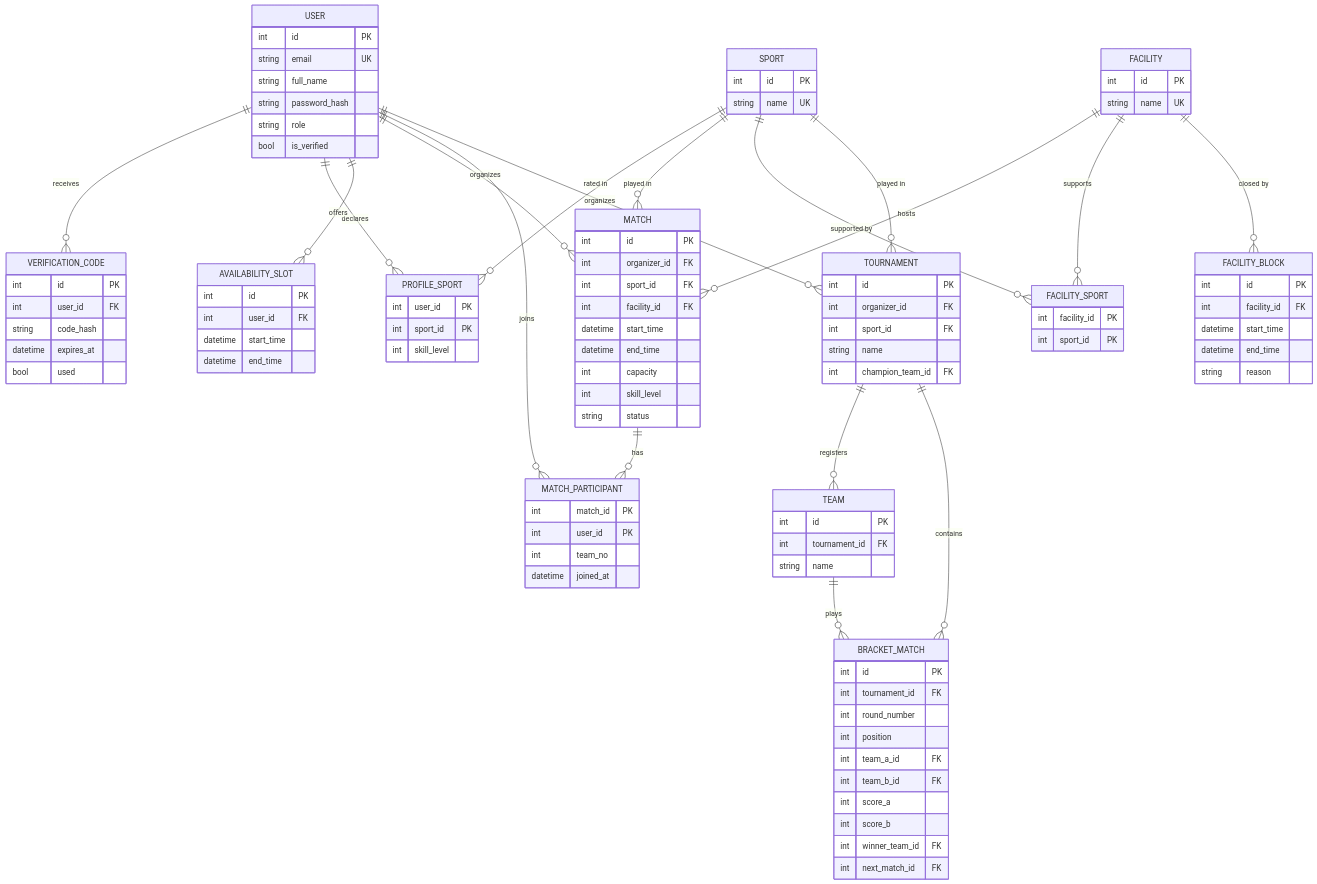
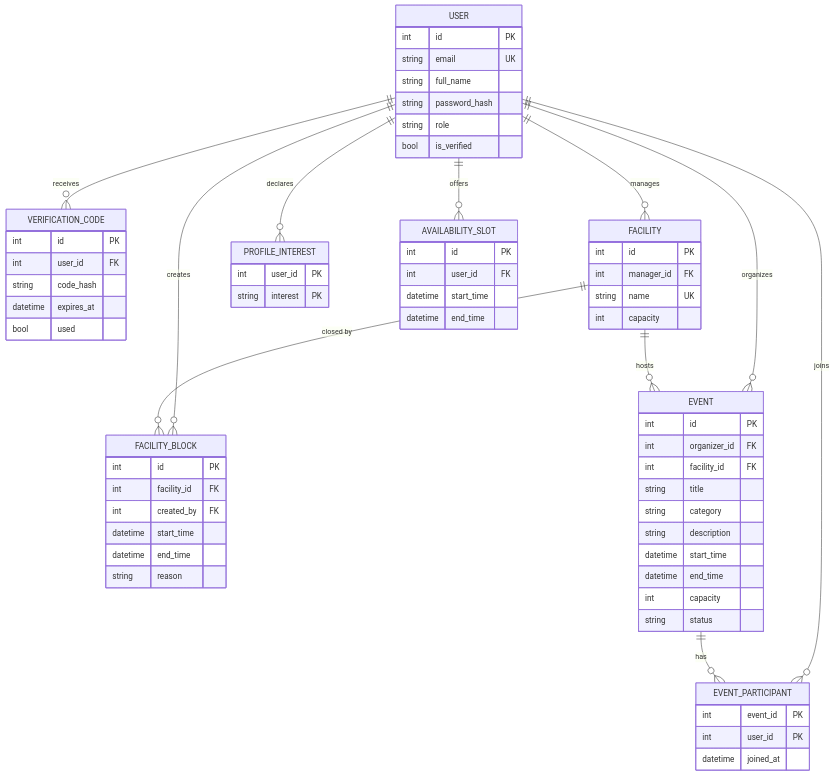
One commit to emir-heval-arda-harun/CMPE-331-project changed the second of 8 diagrams in docs/requirement_analysis_report.md. Above: the diagram before and after it, drawn with Mermaid. The commit also changed other lines of this file and 139 other files, not shown here.

````diff
--- a/docs/requirement_analysis_report.md
+++ b/docs/requirement_analysis_report.md
@@ -155,22 +174,15 @@
 ```mermaid
 erDiagram
     USER ||--o{ VERIFICATION_CODE : receives
-    USER ||--o{ PROFILE_SPORT : declares
-    SPORT ||--o{ PROFILE_SPORT : "rated in"
+    USER ||--o{ FACILITY : manages
+    USER ||--o{ FACILITY_BLOCK : "creates"
+    USER ||--o{ PROFILE_INTEREST : declares
     USER ||--o{ AVAILABILITY_SLOT : offers
-    USER ||--o{ MATCH : organizes
-    USER ||--o{ MATCH_PARTICIPANT : joins
-    MATCH ||--o{ MATCH_PARTICIPANT : has
-    SPORT ||--o{ MATCH : "played in"
-    FACILITY ||--o{ MATCH : hosts
-    FACILITY ||--o{ FACILITY_SPORT : supports
-    SPORT ||--o{ FACILITY_SPORT : "supported by"
+    USER ||--o{ EVENT : organizes
+    USER ||--o{ EVENT_PARTICIPANT : joins
+    EVENT ||--o{ EVENT_PARTICIPANT : has
+    FACILITY ||--o{ EVENT : hosts
     FACILITY ||--o{ FACILITY_BLOCK : "closed by"
-    USER ||--o{ TOURNAMENT : organizes
-    SPORT ||--o{ TOURNAMENT : "played in"
-    TOURNAMENT ||--o{ TEAM : registers
-    TOURNAMENT ||--o{ BRACKET_MATCH : contains
-    TEAM ||--o{ BRACKET_MATCH : plays
 
     USER {
         int id PK
@@ -187,14 +199,9 @@
         datetime expires_at
         bool used
     }
-    SPORT {
-        int id PK
-        string name UK
-    }
-    PROFILE_SPORT {
+    PROFILE_INTEREST {
         int user_id PK
-        int sport_id PK
-        int skill_level
+        string interest PK
     }
     AVAILABILITY_SLOT {
         int id PK
@@ -204,58 +211,33 @@
     }
     FACILITY {
         int id PK
+        int manager_id FK
         string name UK
-    }
-    FACILITY_SPORT {
-        int facility_id PK
-        int sport_id PK
+        int capacity
     }
     FACILITY_BLOCK {
         int id PK
         int facility_id FK
+        int created_by FK
         datetime start_time
         datetime end_time
         string reason
     }
-    MATCH {
+    EVENT {
         int id PK
         int organizer_id FK
-        int sport_id FK
         int facility_id FK
+        string title
+        string category
+        string description
         datetime start_time
         datetime end_time
         int capacity
-        int skill_level
         string status
     }
-    MATCH_PARTICIPANT {
-        int match_id PK
+    EVENT_PARTICIPANT {
+        int event_id PK
         int user_id PK
-        int team_no
         datetime joined_at
     }
-    TOURNAMENT {
-        int id PK
-        int organizer_id FK
-        int sport_id FK
-        string name
-        int champion_team_id FK
-    }
-    TEAM {
-        int id PK
-        int tournament_id FK
-        string name
-    }
-    BRACKET_MATCH {
-        int id PK
-        int tournament_id FK
-        int round_number
-        int position
-        int team_a_id FK
-        int team_b_id FK
-        int score_a
-        int score_b
-        int winner_team_id FK
-        int next_match_id FK
-    }
 ```
````
